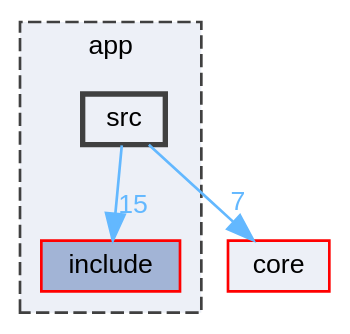
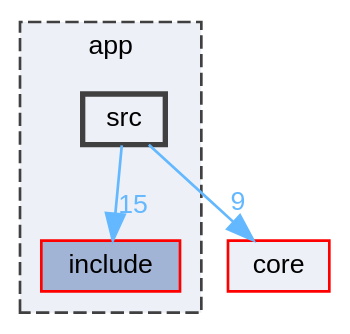
Before and after one commit to wwerniss/algorithms-benchmark: the diagram in dir_a8f641299cfea9f7461c2df1141b7786_dep.dot, drawn with Graphviz. The commit also changed 287 other files, not shown here.

```diff
--- a/dir_a8f641299cfea9f7461c2df1141b7786_dep.dot
+++ b/dir_a8f641299cfea9f7461c2df1141b7786_dep.dot
@@ -1,16 +1,16 @@
 digraph "app/src"
 {
  // LATEX_PDF_SIZE
   bgcolor="transparent";
   edge [fontname=Helvetica,fontsize=10,labelfontname=Helvetica,labelfontsize=10];
   node [fontname=Helvetica,fontsize=10,shape=box,height=0.2,width=0.4];
   compound=true
   subgraph clusterdir_d422163b96683743ed3963d4aac17747 {
     graph [ bgcolor="#edf0f7", pencolor="grey25", label="app", fontname=Helvetica,fontsize=10 style="filled,dashed", URL="dir_d422163b96683743ed3963d4aac17747.html",tooltip=""]
   dir_78f5ecd95a37a67589a284a718a0be9c [label="include", fillcolor="#a2b4d6", color="red", style="filled", URL="dir_78f5ecd95a37a67589a284a718a0be9c.html",tooltip=""];
   dir_a8f641299cfea9f7461c2df1141b7786 [label="src", fillcolor="#edf0f7", color="grey25", style="filled,bold", URL="dir_a8f641299cfea9f7461c2df1141b7786.html",tooltip=""];
   }
   dir_4270bfced15e0e73154b13468c7c9ad9 [label="core", fillcolor="#edf0f7", color="red", style="filled", URL="dir_4270bfced15e0e73154b13468c7c9ad9.html",tooltip=""];
-  dir_a8f641299cfea9f7461c2df1141b7786->dir_4270bfced15e0e73154b13468c7c9ad9 [headlabel="7", labeldistance=1.5 headhref="dir_000010_000002.html" href="dir_000010_000002.html" color="steelblue1" fontcolor="steelblue1"];
+  dir_a8f641299cfea9f7461c2df1141b7786->dir_4270bfced15e0e73154b13468c7c9ad9 [headlabel="9", labeldistance=1.5 headhref="dir_000010_000002.html" href="dir_000010_000002.html" color="steelblue1" fontcolor="steelblue1"];
   dir_a8f641299cfea9f7461c2df1141b7786->dir_78f5ecd95a37a67589a284a718a0be9c [headlabel="15", labeldistance=1.5 headhref="dir_000010_000006.html" href="dir_000010_000006.html" color="steelblue1" fontcolor="steelblue1"];
 }
```
